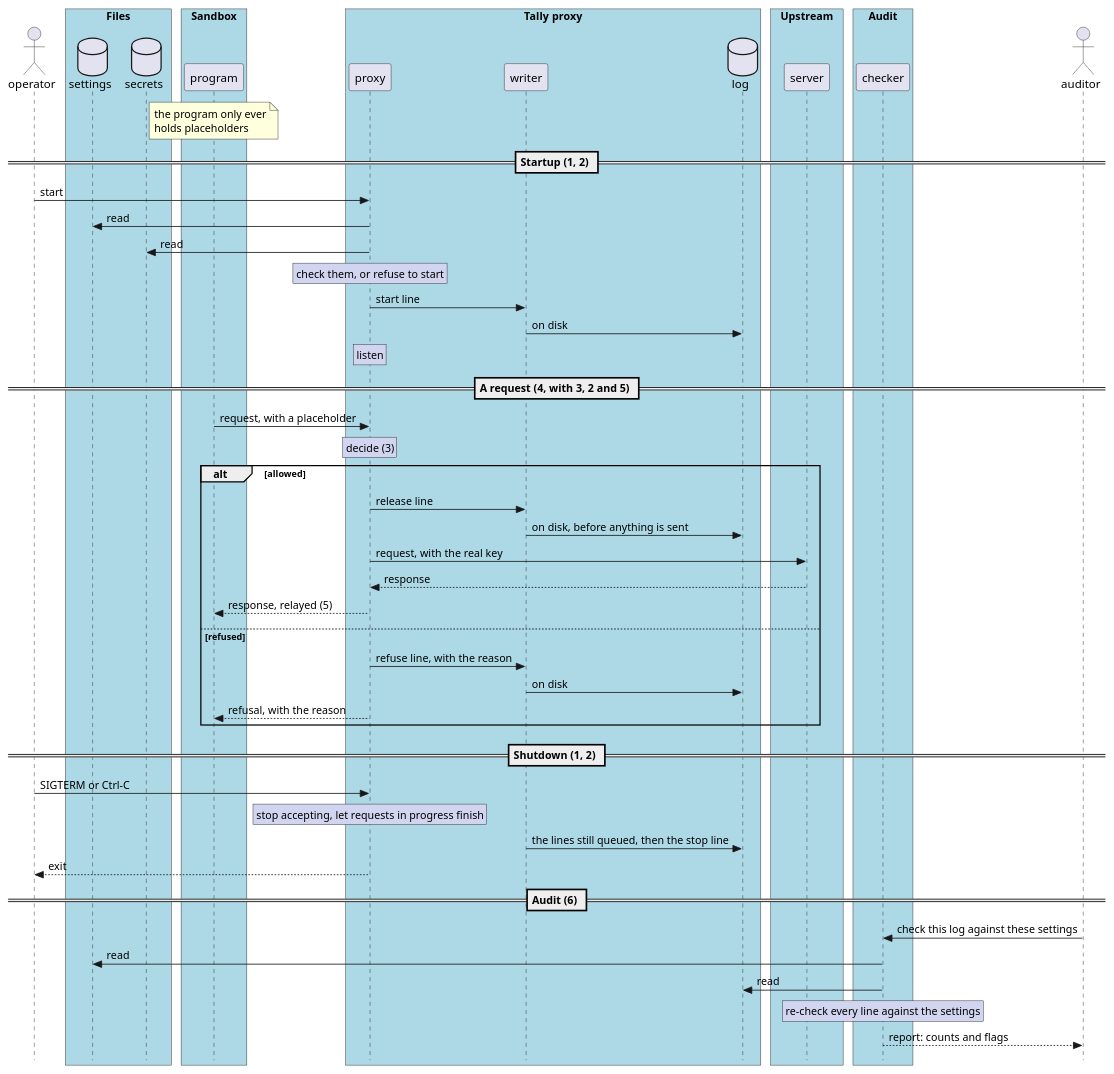
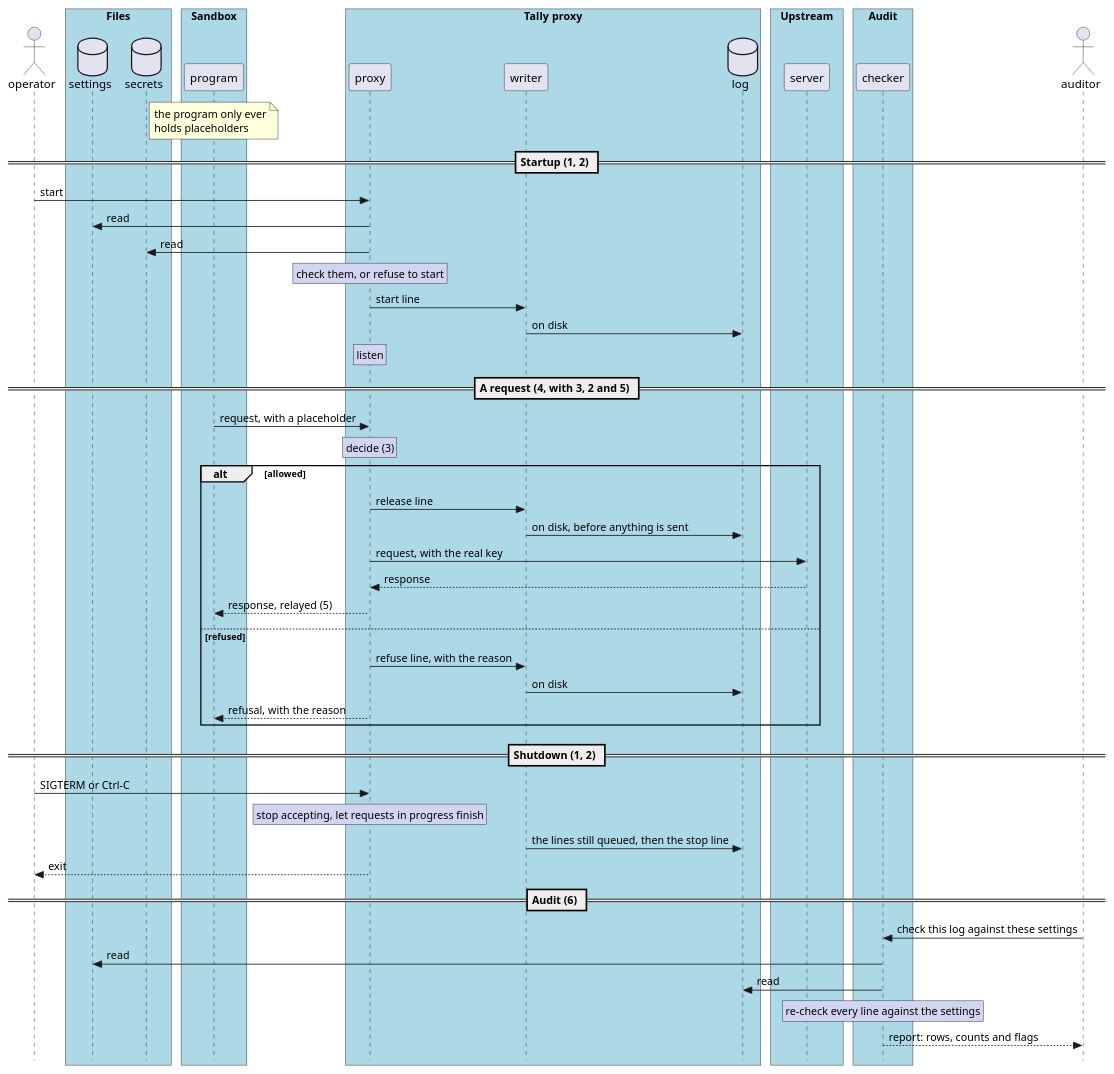
One commit to ryanedj/Tally changed the diagram in docs/protocols/0-overview.puml. Above: the diagram before and after it, drawn with PlantUML. The commit also changed 43 other files, not shown here.

```diff
--- a/docs/protocols/0-overview.puml
+++ b/docs/protocols/0-overview.puml
@@ -5,104 +5,104 @@
 @startuml overview
 
 skinparam style strictuml
 !pragma teoz true
 
 actor "operator" as Op
 
 box "Files" #LightBlue
 database "settings" as Settings
 database "secrets" as Secrets
 end box
 
 box "Sandbox" #LightBlue
 participant "program" as Program
 end box
 
 box "Tally proxy" #LightBlue
 participant "proxy" as Proxy
 participant "writer" as Writer
 database "log" as Log
 end box
 
 box "Upstream" #LightBlue
 participant "server" as Server
 end box
 
 box "Audit" #LightBlue
 participant "checker" as Checker
 end box
 
 actor "auditor" as Aud
 
 note over Program
 the program only ever
 holds placeholders
 end note
 
 == Startup (1, 2) ==
 
 Op -> Proxy : start
 Proxy -> Settings : read
 Proxy -> Secrets : read
 
 rnote over Proxy #d1d5ef
   check them, or refuse to start
 end rnote
 
 Proxy -> Writer : start line
 Writer -> Log : on disk
 
 rnote over Proxy #d1d5ef
   listen
 end rnote
 
 == A request (4, with 3, 2 and 5) ==
 
 Program -> Proxy : request, with a placeholder
 
 rnote over Proxy #d1d5ef
   decide (3)
 end rnote
 
 alt allowed
 
   Proxy -> Writer : release line
   Writer -> Log : on disk, before anything is sent
 
   Proxy -> Server : request, with the real key
   Server --> Proxy : response
   Proxy --> Program : response, relayed (5)
 
 else refused
 
   Proxy -> Writer : refuse line, with the reason
   Writer -> Log : on disk
 
   Proxy --> Program : refusal, with the reason
 
 end
 
 == Shutdown (1, 2) ==
 
 Op -> Proxy : SIGTERM or Ctrl-C
 
 rnote over Proxy #d1d5ef
   stop accepting, let requests in progress finish
 end rnote
 
 Writer -> Log : the lines still queued, then the stop line
 Proxy --> Op : exit
 
 == Audit (6) ==
 
 Aud -> Checker : check this log against these settings
 Checker -> Settings : read
 Checker -> Log : read
 
 rnote over Checker #d1d5ef
   re-check every line against the settings
 end rnote
 
-Checker --> Aud : report: counts and flags
+Checker --> Aud : report: rows, counts and flags
 
 @enduml
```
